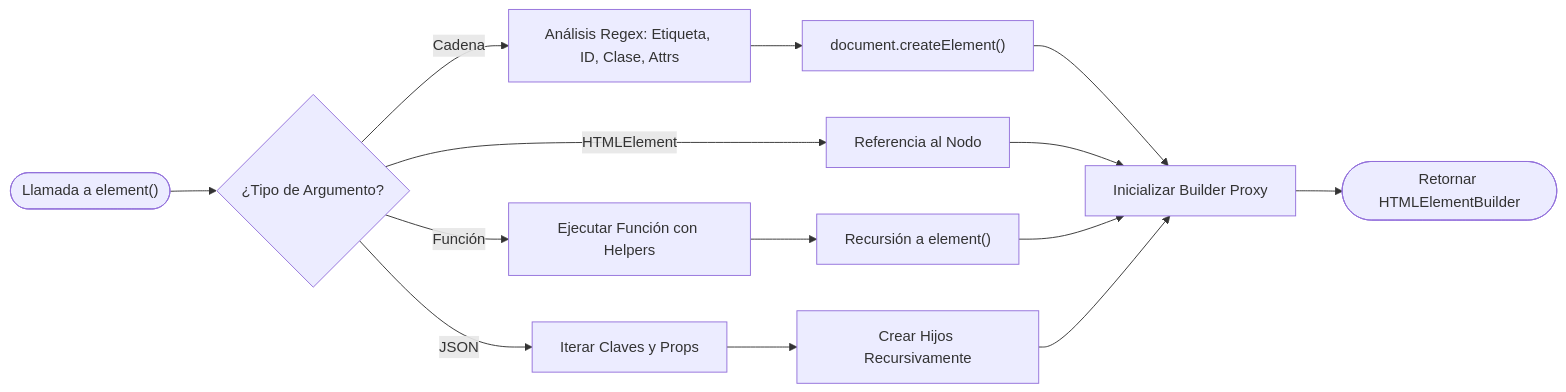
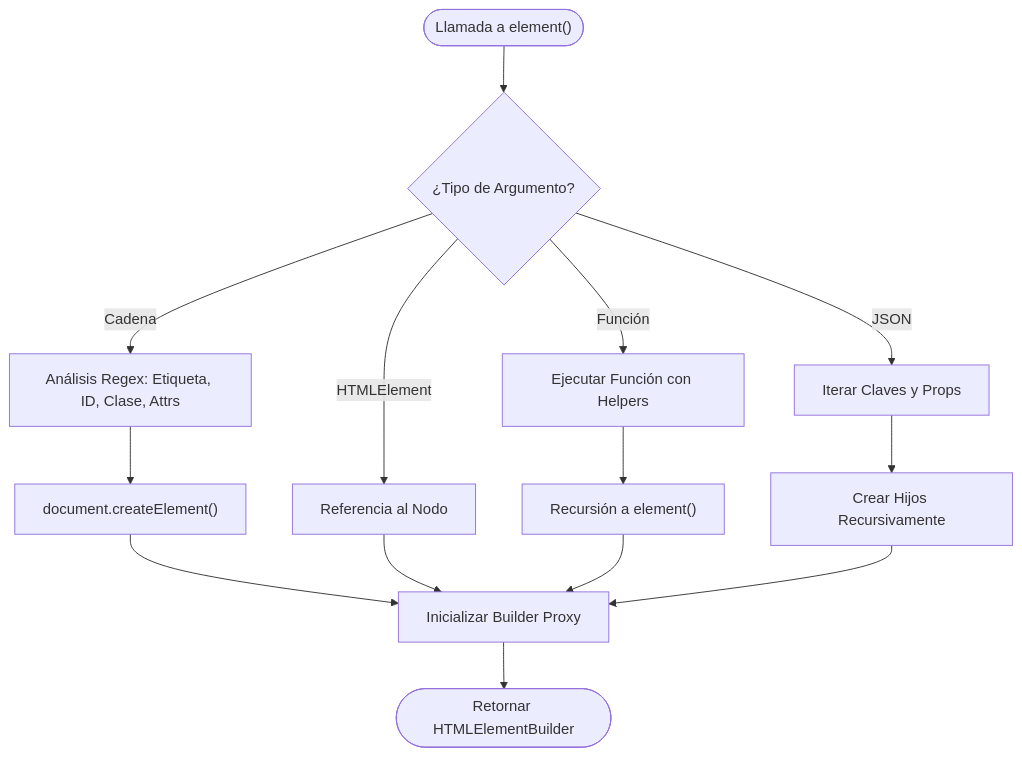
One commit to Jeff-Aporta/Fluid changed the first of 4 diagrams in doc/md/p-dom.md. Above: the diagram before and after it, drawn with Mermaid. The commit also changed 9 other files, not shown here.

````diff
--- a/doc/md/p-dom.md
+++ b/doc/md/p-dom.md
@@ -30,22 +30,22 @@
 ```mermaid
-flowchart LR
+flowchart TB
     Start(["Llamada a element()"]) --> InputAnalysis{"¿Tipo de Argumento?"}
     
     InputAnalysis -- "Cadena" --> EmmetParser["Análisis Regex: Etiqueta, ID, Clase, Attrs"]
     EmmetParser --> DomCreate["document.createElement()"]
     
     InputAnalysis -- "HTMLElement" --> ExistingNode[Referencia al Nodo]
     
     InputAnalysis -- "Función" --> ExecFn[Ejecutar Función con Helpers]
     ExecFn --> RecursiveCall["Recursión a element()"]
     
     InputAnalysis -- "JSON" --> JsonParser[Iterar Claves y Props]
     JsonParser --> RecursiveCreate[Crear Hijos Recursivamente]
     
     DomCreate --> BuilderInit[Inicializar Builder Proxy]
     ExistingNode --> BuilderInit
     RecursiveCall --> BuilderInit
     RecursiveCreate --> BuilderInit
     
     BuilderInit --> Return(["Retornar HTMLElementBuilder"])
 ```
````
